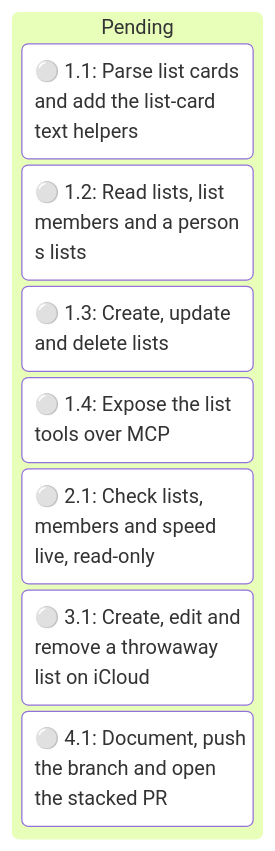
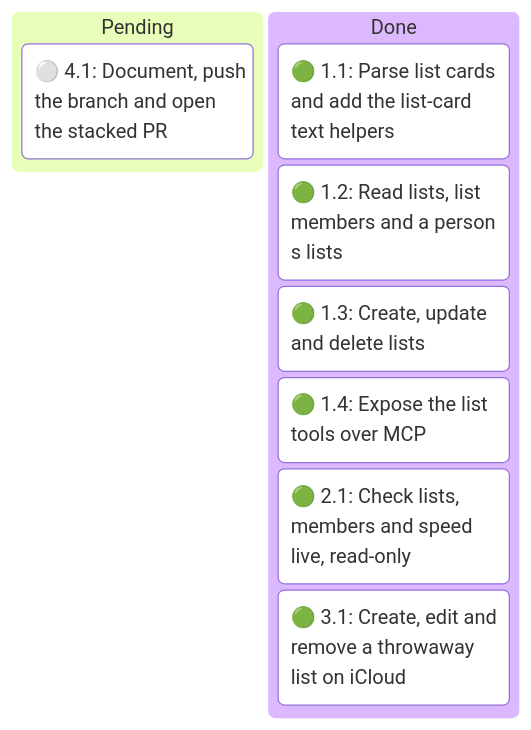
The first of 2 diagrams in .specs/contacts-lists/05_execution.md (sohampatwardhan/icloud-mcp), drawn with Mermaid before and after one commit. The commit also changed other lines of this file and 4 other files, not shown here.

Commit message:
Document Contacts lists and record the live write check

````diff
--- a/.specs/contacts-lists/05_execution.md
+++ b/.specs/contacts-lists/05_execution.md
@@ -57,11 +57,12 @@
 ```mermaid
 kanban
   pending[Pending]
-    t_kanban_1_1[⚪ 1.1: Parse list cards and add the list-card text helpers]
-    t_kanban_1_2[⚪ 1.2: Read lists, list members and a person s lists]
-    t_kanban_1_3[⚪ 1.3: Create, update and delete lists]
-    t_kanban_1_4[⚪ 1.4: Expose the list tools over MCP]
-    t_kanban_2_1[⚪ 2.1: Check lists, members and speed live, read-only]
-    t_kanban_3_1[⚪ 3.1: Create, edit and remove a throwaway list on iCloud]
     t_kanban_4_1[⚪ 4.1: Document, push the branch and open the stacked PR]
+  done[Done]
+    t_kanban_1_1[🟢 1.1: Parse list cards and add the list-card text helpers]
+    t_kanban_1_2[🟢 1.2: Read lists, list members and a person s lists]
+    t_kanban_1_3[🟢 1.3: Create, update and delete lists]
+    t_kanban_1_4[🟢 1.4: Expose the list tools over MCP]
+    t_kanban_2_1[🟢 2.1: Check lists, members and speed live, read-only]
+    t_kanban_3_1[🟢 3.1: Create, edit and remove a throwaway list on iCloud]
 ```
````
